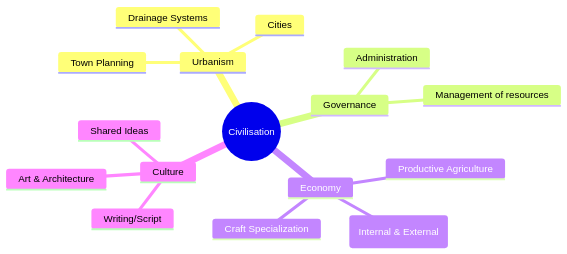
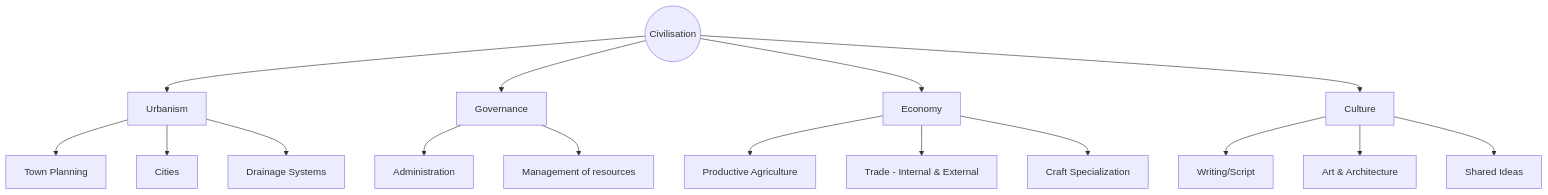
Before and after one commit to cbse-media/content: the diagram in resource/6th/social-science/6/topics/01-what-is-civilisation.mdx, drawn with Mermaid. The commit also changed 33 other files, not shown here.

````diff
--- a/resource/6th/social-science/6/topics/01-what-is-civilisation.mdx
+++ b/resource/6th/social-science/6/topics/01-what-is-civilisation.mdx
@@ -20,19 +20,23 @@
 ```mermaid
-mindmap
+graph TD
   root((Civilisation))
-    Urbanism
-      Town Planning
-      Cities
-      Drainage Systems
-    Governance
-      Administration
-      Management of resources
-    Economy
-      Productive Agriculture
-      Trade (Internal & External)
-      Craft Specialization
-    Culture
-      Writing/Script
-      Art & Architecture
-      Shared Ideas
+  root --> Urbanism
+  root --> Governance
+  root --> Economy
+  root --> Culture
+  
+  Urbanism --> TownPlanning[Town Planning]
+  Urbanism --> Cities
+  Urbanism --> DrainageSystems[Drainage Systems]
+  
+  Governance --> Administration
+  Governance --> ManagementOfResources[Management of resources]
+  
+  Economy --> ProductiveAgriculture[Productive Agriculture]
+  Economy --> Trade[Trade - Internal & External]
+  Economy --> CraftSpecialization[Craft Specialization]
+  
+  Culture --> Writing[Writing/Script]
+  Culture --> ArtArchitecture[Art & Architecture]
+  Culture --> SharedIdeas[Shared Ideas]
 ```
````
